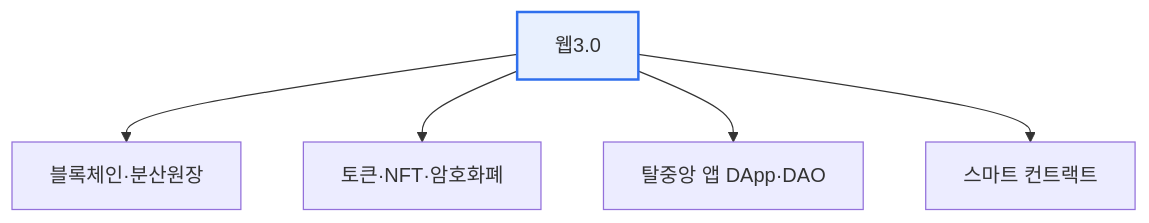
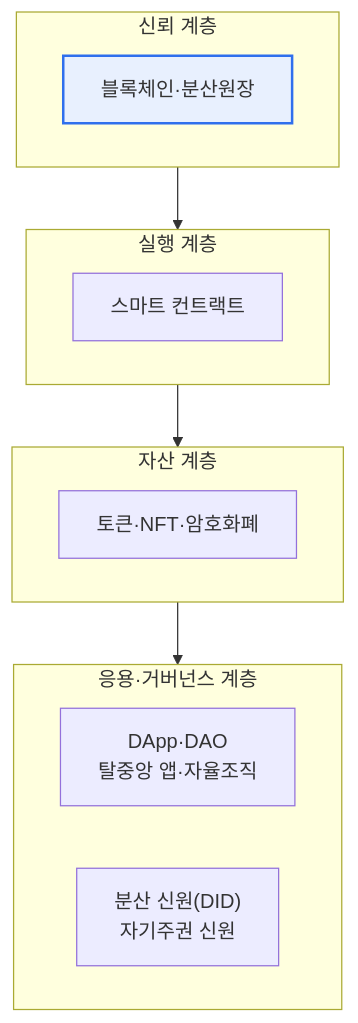
The second of 2 diagrams in content/web3.md (coninggu/wjdqhrhksflrltnftk), drawn with Mermaid before and after one commit. The commit also changed other lines of this file and 3 other files, not shown here.

````diff
--- a/content/web3.md
+++ b/content/web3.md
@@ -25,8 +55,18 @@
 ```mermaid
 flowchart TB
-  W[웹3.0] --> B[블록체인·분산원장]
-  W --> T[토큰·NFT·암호화폐]
-  W --> D[탈중앙 앱 DApp·DAO]
-  W --> S[스마트 컨트랙트]
-  style W fill:#e8f0fe,stroke:#2f6fed,stroke-width:2px
+  subgraph L4["응용·거버넌스 계층"]
+    D["DApp·DAO<br/>탈중앙 앱·자율조직"]
+    ID["분산 신원(DID)<br/>자기주권 신원"]
+  end
+  subgraph L3["자산 계층"]
+    T["토큰·NFT·암호화폐"]
+  end
+  subgraph L2["실행 계층"]
+    S["스마트 컨트랙트"]
+  end
+  subgraph L1["신뢰 계층"]
+    B["블록체인·분산원장"]
+  end
+  L1 --> L2 --> L3 --> L4
+  style B fill:#e8f0fe,stroke:#2f6fed,stroke-width:2px
 ```
````
